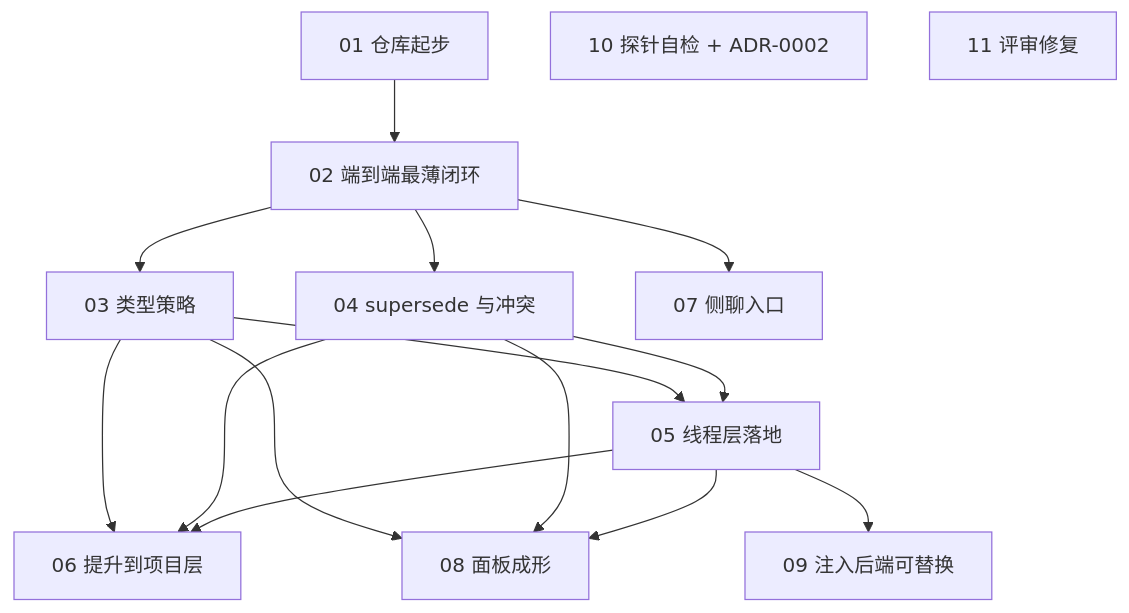
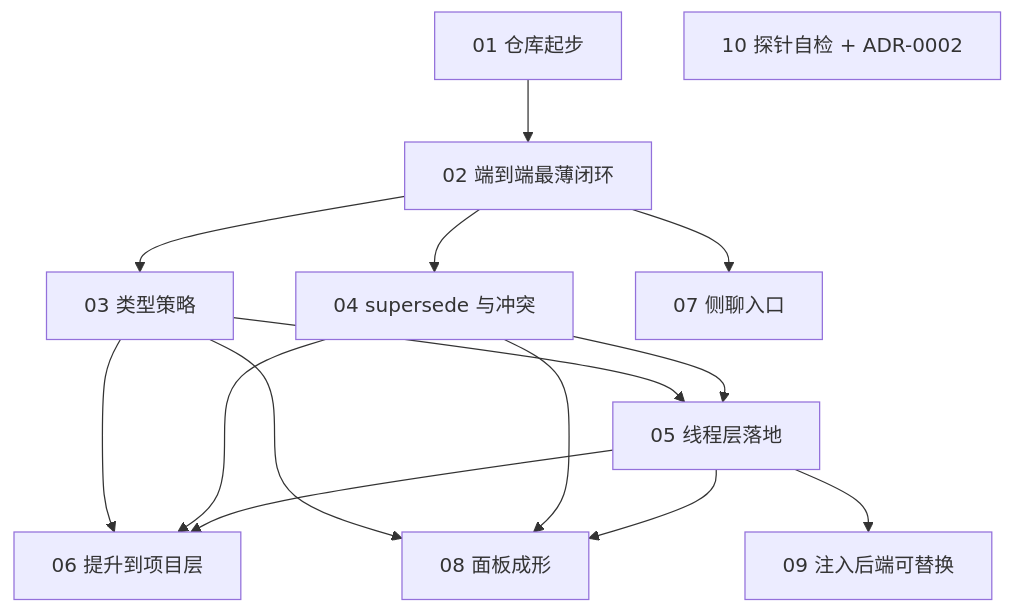
The diagram in .scratch/align/graph.md (PageIV/align), drawn with Mermaid before and after one commit. The commit also changed other lines of this file and 3 other files, not shown here.

````diff
--- a/.scratch/align/graph.md
+++ b/.scratch/align/graph.md
@@ -7,28 +7,27 @@
 ```mermaid
 flowchart TD
   t01["01 仓库起步"]
   t02["02 端到端最薄闭环"]
   t03["03 类型策略"]
   t04["04 supersede 与冲突"]
   t05["05 线程层落地"]
   t06["06 提升到项目层"]
   t07["07 侧聊入口"]
   t08["08 面板成形"]
   t09["09 注入后端可替换"]
   t10["10 探针自检 + ADR-0002"]
-  t11["11 评审修复"]
 
   t01 --> t02
   t02 --> t03
   t02 --> t04
   t02 --> t07
   t03 --> t05
   t04 --> t05
   t03 --> t06
   t04 --> t06
   t05 --> t06
   t03 --> t08
   t04 --> t08
   t05 --> t08
   t05 --> t09
 ```
````
